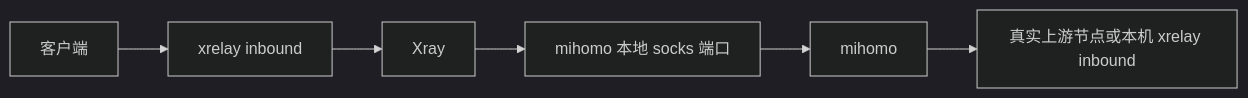
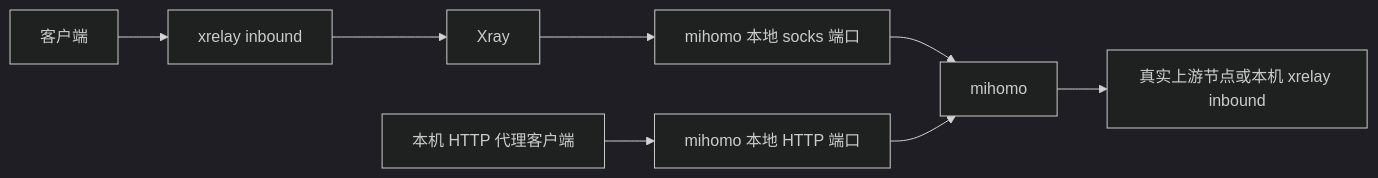
The second of 2 diagrams in docs/architecture.md (sunliang711/proxystack), drawn with Mermaid (dark theme) before and after one commit. The commit also changed 29 other files, not shown here.

Commit message:
clash http proxy port

````diff
--- a/docs/architecture.md
+++ b/docs/architecture.md
@@ -68,8 +68,10 @@
 ```mermaid
 flowchart LR
   client["客户端"] --> inbound["xrelay inbound"]
   inbound --> xray["Xray"]
   xray --> clash_socks["mihomo 本地 socks 端口"]
   clash_socks --> mihomo["mihomo"]
+  http_client["本机 HTTP 代理客户端"] --> clash_http["mihomo 本地 HTTP 端口"]
+  clash_http --> mihomo
   mihomo --> upstream["真实上游节点或本机 xrelay inbound"]
 ```
````
